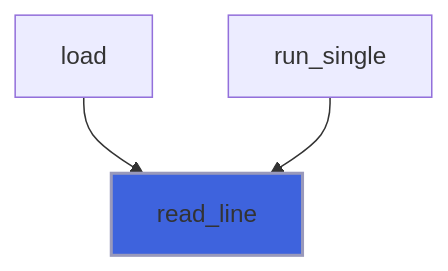
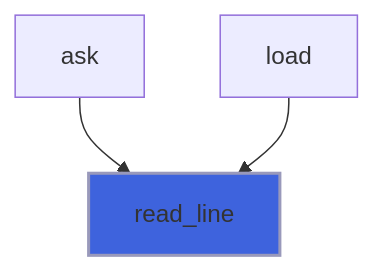
Before and after one commit to szaghi/FLAP: the fifth of 19 diagrams in docs/api/src/lib/flap_utils_m.md, drawn with Mermaid. The commit also changed 9 other files, not shown here.

````diff
--- a/docs/api/src/lib/flap_utils_m.md
+++ b/docs/api/src/lib/flap_utils_m.md
@@ -197,6 +197,6 @@
 ```mermaid
 flowchart TD
+  ask["ask"] --> read_line["read_line"]
   load["load"] --> read_line["read_line"]
-  run_single["run_single"] --> read_line["read_line"]
   style read_line fill:#3e63dd,stroke:#99b,stroke-width:2px
 ```
````
